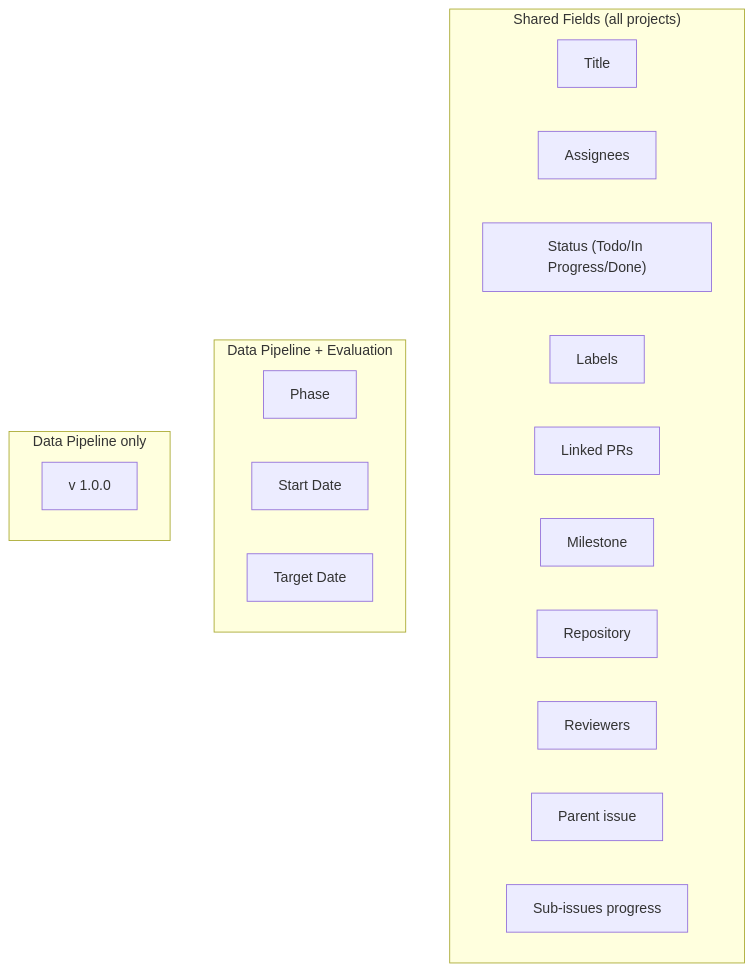
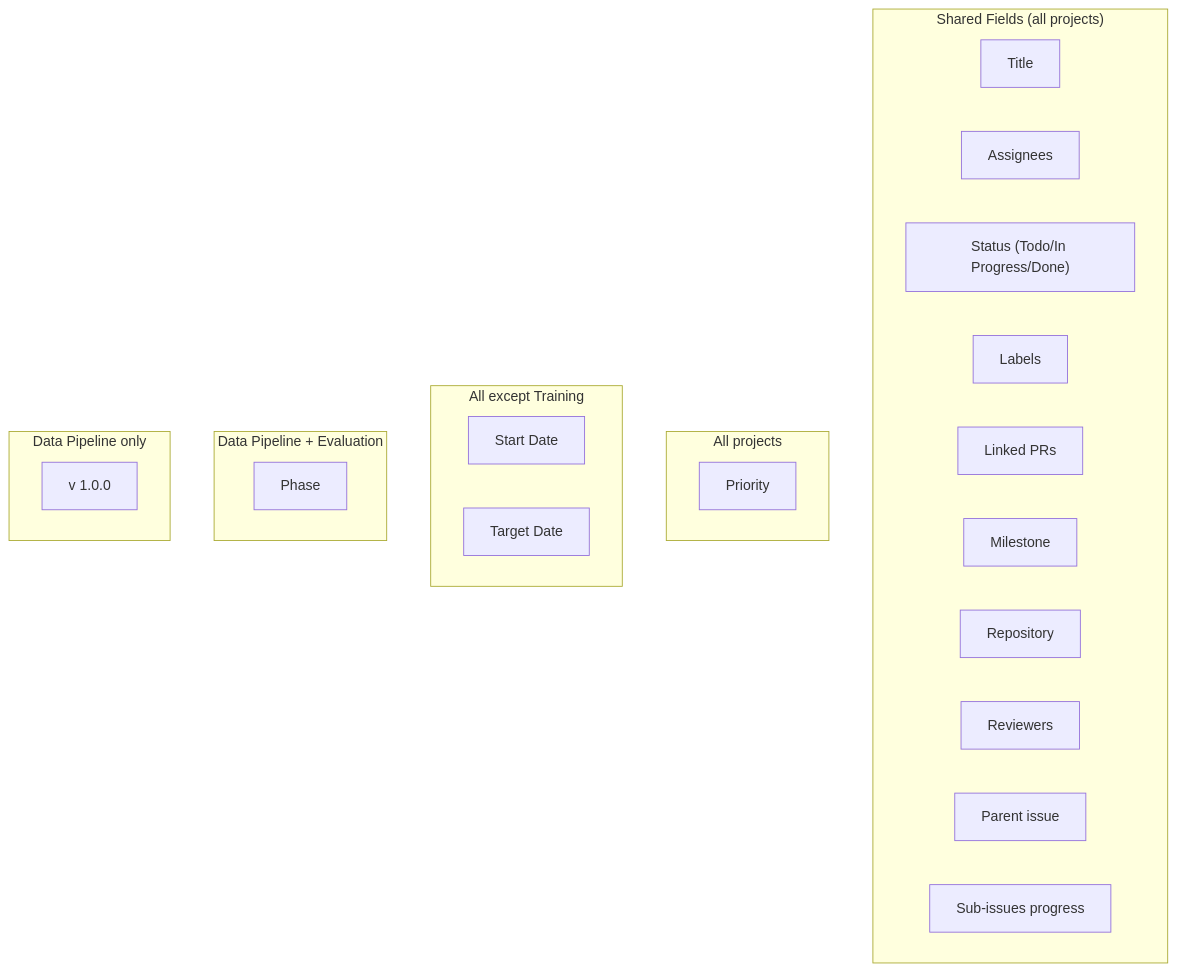
One commit to tinaudio/synth-setter changed the eighth of 9 diagrams in docs/design/github-taxonomy.md. Above: the diagram before and after it, drawn with Mermaid. The commit also changed other lines of this file and 2 other files, not shown here.

````diff
--- a/docs/design/github-taxonomy.md
+++ b/docs/design/github-taxonomy.md
@@ -484,25 +485,32 @@
 ```mermaid
 graph TB
     subgraph "Shared Fields (all projects)"
         F1[Title]
         F2[Assignees]
         F3["Status (Todo/In Progress/Done)"]
         F4[Labels]
         F5[Linked PRs]
         F6[Milestone]
         F7[Repository]
         F8[Reviewers]
         F9[Parent issue]
         F10[Sub-issues progress]
     end
 
-    subgraph "Data Pipeline + Evaluation"
-        F11[Phase]
+    subgraph "All projects"
+        F11[Priority]
+    end
+
+    subgraph "All except Training"
         F12[Start Date]
         F13[Target Date]
     end
 
+    subgraph "Data Pipeline + Evaluation"
+        F14[Phase]
+    end
+
     subgraph "Data Pipeline only"
-        F14["v 1.0.0"]
+        F15["v 1.0.0"]
     end
 ```
````
